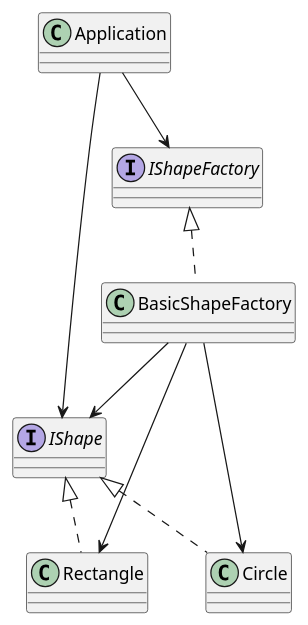
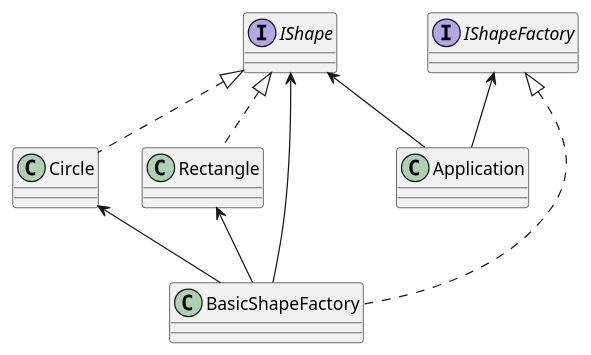
One commit to tusharjoshi/design-patterns-workshop changed the diagram in manual/book/ch03-factory/ch03-factory.adoc. Above: the diagram before and after it, drawn with PlantUML. The commit also changed 2 other files, not shown here.

Commit message:
Correct positioning of classes in uml diagrams

```diff
--- a/manual/book/ch03-factory/ch03-factory.adoc
+++ b/manual/book/ch03-factory/ch03-factory.adoc
@@ -17,17 +17,17 @@
 [plantuml, basic-factory, png]
 ----
 interface IShape
 interface IShapeFactory
 class Circle
 class Rectangle
 class BasicShapeFactory
 class Application
 IShape <|.. Circle
 IShape <|.. Rectangle
 IShapeFactory <|.. BasicShapeFactory
-Application --> IShapeFactory
-Application --> IShape
-BasicShapeFactory --> IShape
-BasicShapeFactory --> Circle
-BasicShapeFactory --> Rectangle
+IShapeFactory <-- Application
+IShape <-- Application
+IShape <-- BasicShapeFactory
+Circle <-- BasicShapeFactory
+Rectangle <-- BasicShapeFactory
 ----
```
